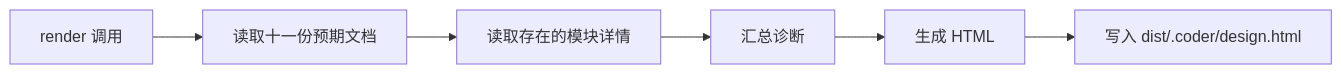
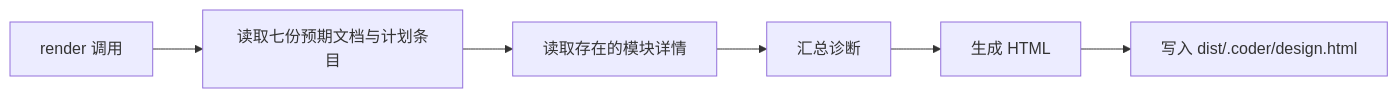
Before and after one commit to Cangjier/coder: the tenth of 10 diagrams in .coder/design/architecture.md, drawn with Mermaid. The commit also changed other lines of this file and 32 other files, not shown here.

````diff
--- a/.coder/design/architecture.md
+++ b/.coder/design/architecture.md
@@ -166,8 +166,8 @@
 ```mermaid
 flowchart LR
-  A[render 调用] --> B[读取十一份预期文档]
+  A[render 调用] --> B[读取七份预期文档与计划条目]
   B --> C[读取存在的模块详情]
   C --> D[汇总诊断]
   D --> E[生成 HTML]
   E --> F[写入 dist/.coder/design.html]
 ```
````
